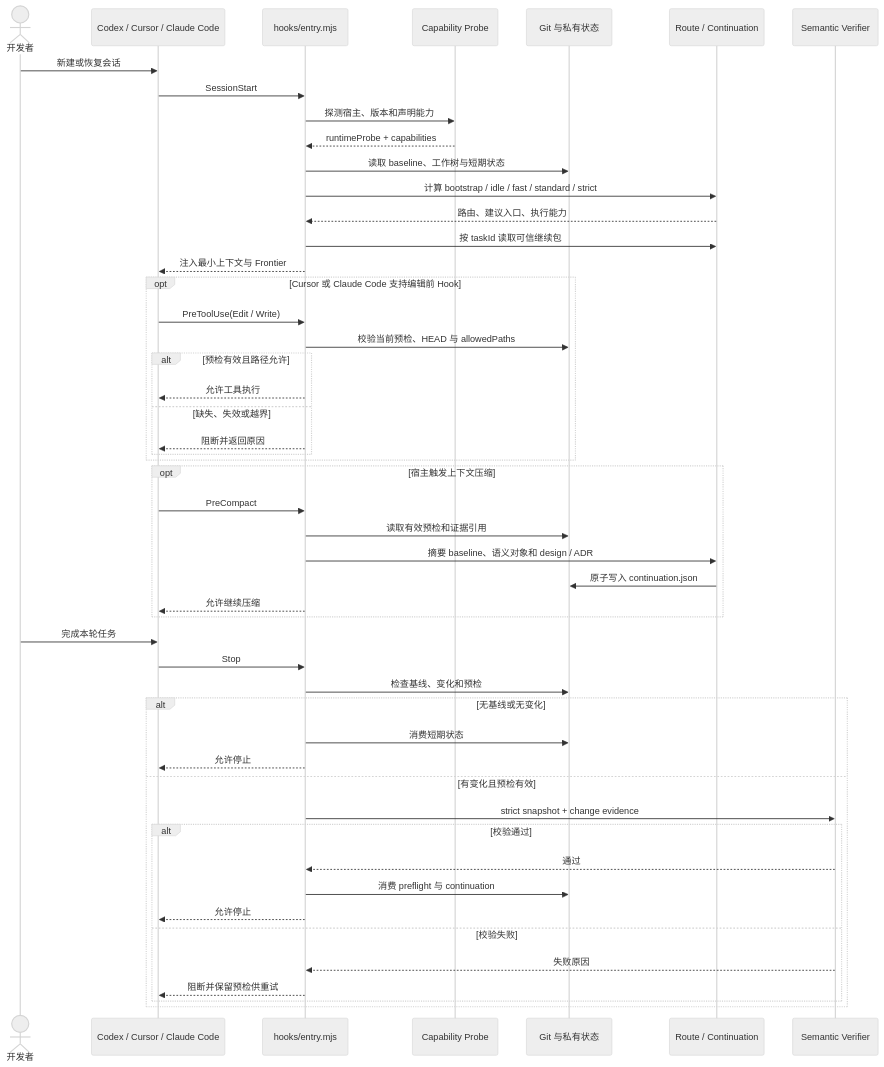
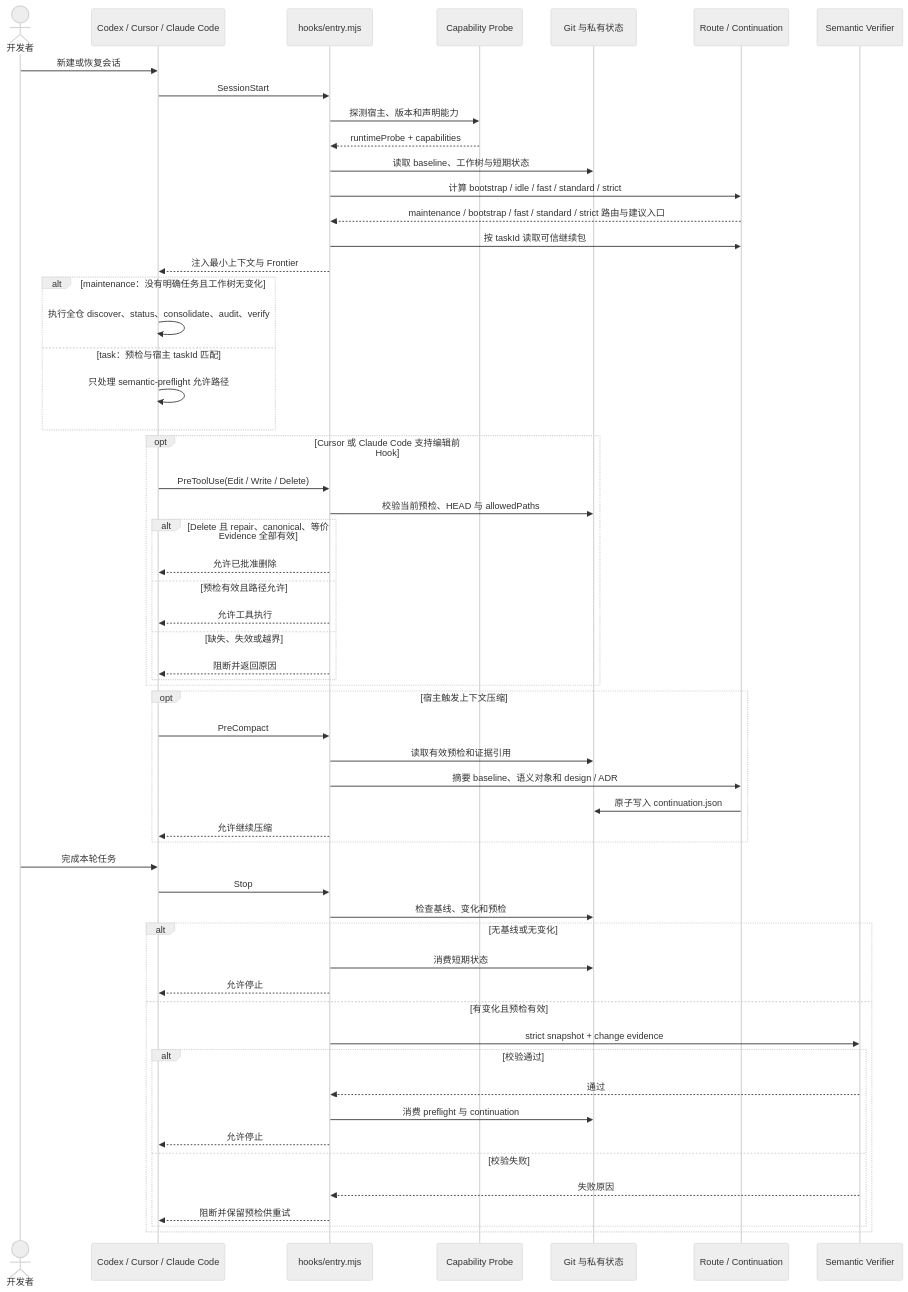
One commit to EchoYue-lp/echo-semantic changed the seventh of 9 diagrams in docs/supreme/specs/plugin-architecture/design.md. Above: the diagram before and after it, drawn with Mermaid (neutral theme). The commit also changed other lines of this file and 38 other files, not shown here.

````diff
--- a/docs/supreme/specs/plugin-architecture/design.md
+++ b/docs/supreme/specs/plugin-architecture/design.md
@@ -322,56 +325,64 @@
 ```mermaid
 sequenceDiagram
   actor User as 开发者
   participant Host as Codex / Cursor / Claude Code
   participant Hook as hooks/entry.mjs
   participant Probe as Capability Probe
   participant Git as Git 与私有状态
   participant Runtime as Route / Continuation
   participant Verify as Semantic Verifier
 
   User->>Host: 新建或恢复会话
   Host->>Hook: SessionStart
   Hook->>Probe: 探测宿主、版本和声明能力
   Probe-->>Hook: runtimeProbe + capabilities
   Hook->>Git: 读取 baseline、工作树与短期状态
   Hook->>Runtime: 计算 bootstrap / idle / fast / standard / strict
-  Runtime-->>Hook: 路由、建议入口、执行能力
+  Runtime-->>Hook: maintenance / bootstrap / fast / standard / strict 路由与建议入口
   Hook->>Runtime: 按 taskId 读取可信继续包
   Hook-->>Host: 注入最小上下文与 Frontier
 
+  alt maintenance：没有明确任务且工作树无变化
+    Host->>Host: 执行全仓 discover、status、consolidate、audit、verify
+  else task：预检与宿主 taskId 匹配
+    Host->>Host: 只处理 semantic-preflight 允许路径
+  end
+
   opt Cursor 或 Claude Code 支持编辑前 Hook
-    Host->>Hook: PreToolUse(Edit / Write)
+    Host->>Hook: PreToolUse(Edit / Write / Delete)
     Hook->>Git: 校验当前预检、HEAD 与 allowedPaths
-    alt 预检有效且路径允许
+    alt Delete 且 repair、canonical、等价 Evidence 全部有效
+      Hook-->>Host: 允许已批准删除
+    else 预检有效且路径允许
       Hook-->>Host: 允许工具执行
     else 缺失、失效或越界
       Hook-->>Host: 阻断并返回原因
     end
   end
 
   opt 宿主触发上下文压缩
     Host->>Hook: PreCompact
     Hook->>Git: 读取有效预检和证据引用
     Hook->>Runtime: 摘要 baseline、语义对象和 design / ADR
     Runtime->>Git: 原子写入 continuation.json
     Hook-->>Host: 允许继续压缩
   end
 
   User->>Host: 完成本轮任务
   Host->>Hook: Stop
   Hook->>Git: 检查基线、变化和预检
   alt 无基线或无变化
     Hook->>Git: 消费短期状态
     Hook-->>Host: 允许停止
   else 有变化且预检有效
     Hook->>Verify: strict snapshot + change evidence
     alt 校验通过
       Verify-->>Hook: 通过
       Hook->>Git: 消费 preflight 与 continuation
       Hook-->>Host: 允许停止
     else 校验失败
       Verify-->>Hook: 失败原因
       Hook-->>Host: 阻断并保留预检供重试
     end
   end
 ```
````
